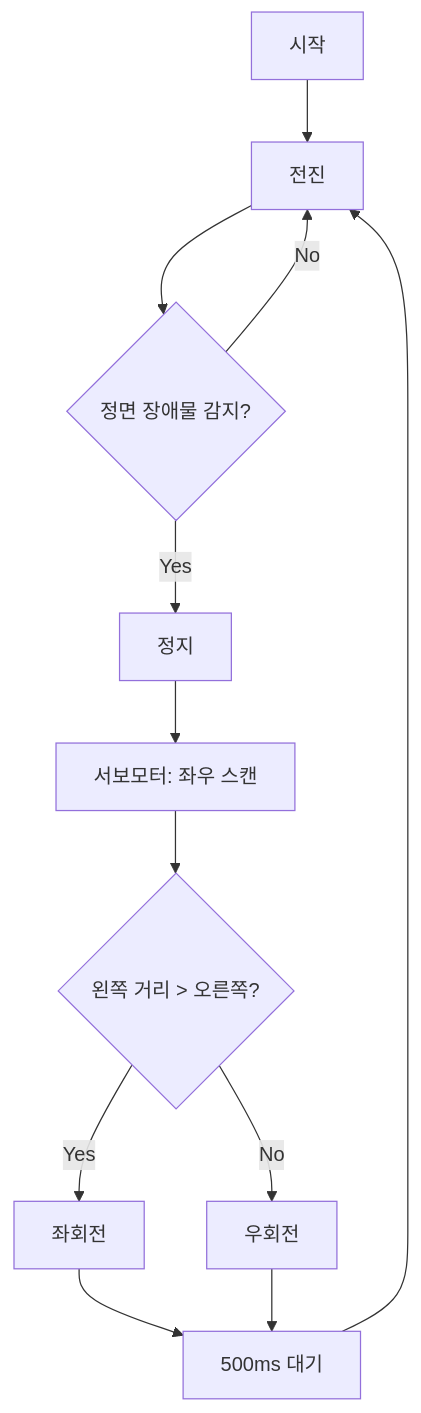
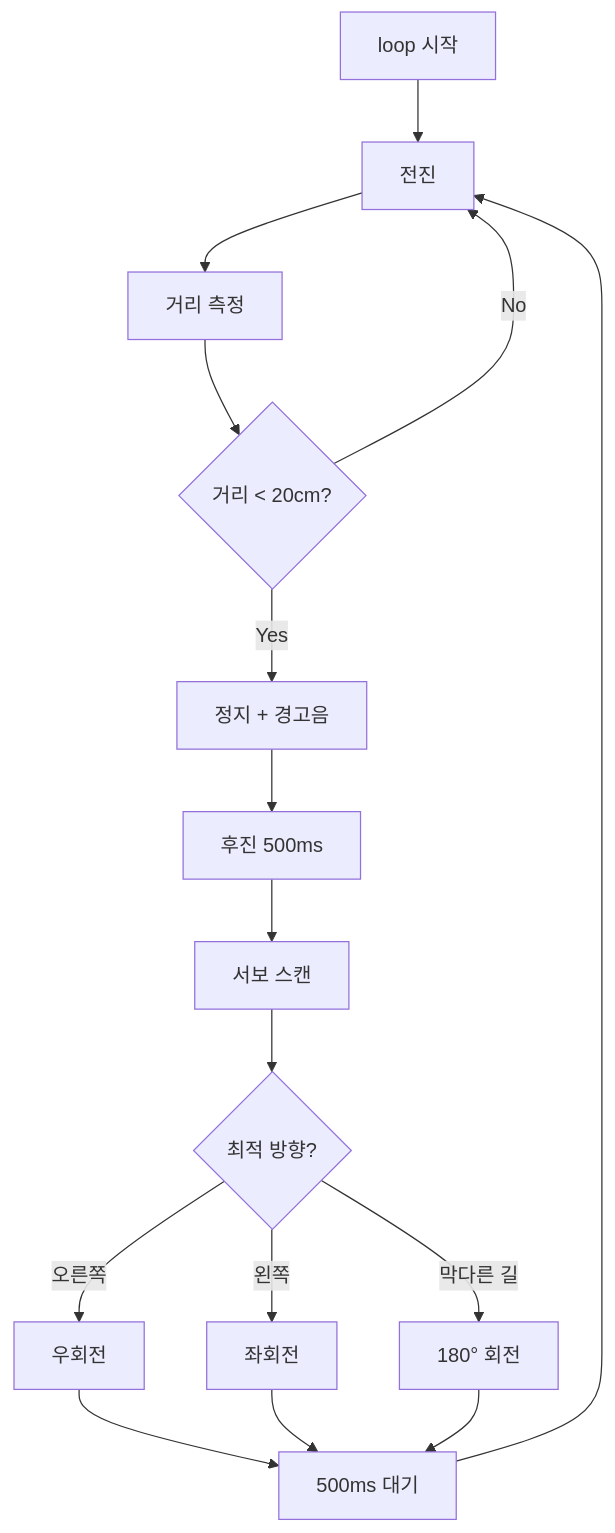
One commit to Collegenie-X/Arduino_AutoPlot changed diagram 12 of 17 in document/curriculum_autoplot_2day.md. Above: the diagram before and after it, drawn with Mermaid. The commit also changed other lines of this file and 3 other files, not shown here.

````diff
--- a/document/curriculum_autoplot_2day.md
+++ b/document/curriculum_autoplot_2day.md
@@ -324,14 +622,18 @@
 ```mermaid
 flowchart TD
-    A[시작] --> B[전진]
-    B --> C{정면 장애물 감지?}
-    C -->|No| B
-    C -->|Yes| D[정지]
-    D --> E[서보모터: 좌우 스캔]
-    E --> F{왼쪽 거리 > 오른쪽?}
-    F -->|Yes| G[좌회전]
-    F -->|No| H[우회전]
-    G --> I[500ms 대기]
-    H --> I
-    I --> B
+    A[loop 시작] --> B[전진]
+    B --> C[거리 측정]
+    C --> D{거리 < 20cm?}
+    D -->|No| B
+    D -->|Yes| E[정지 + 경고음]
+    E --> F[후진 500ms]
+    F --> G[서보 스캔]
+    G --> H{최적 방향?}
+    H -->|오른쪽| I[우회전]
+    H -->|왼쪽| J[좌회전]
+    H -->|막다른 길| K[180° 회전]
+    I --> L[500ms 대기]
+    J --> L
+    K --> L
+    L --> B
 ```
````
